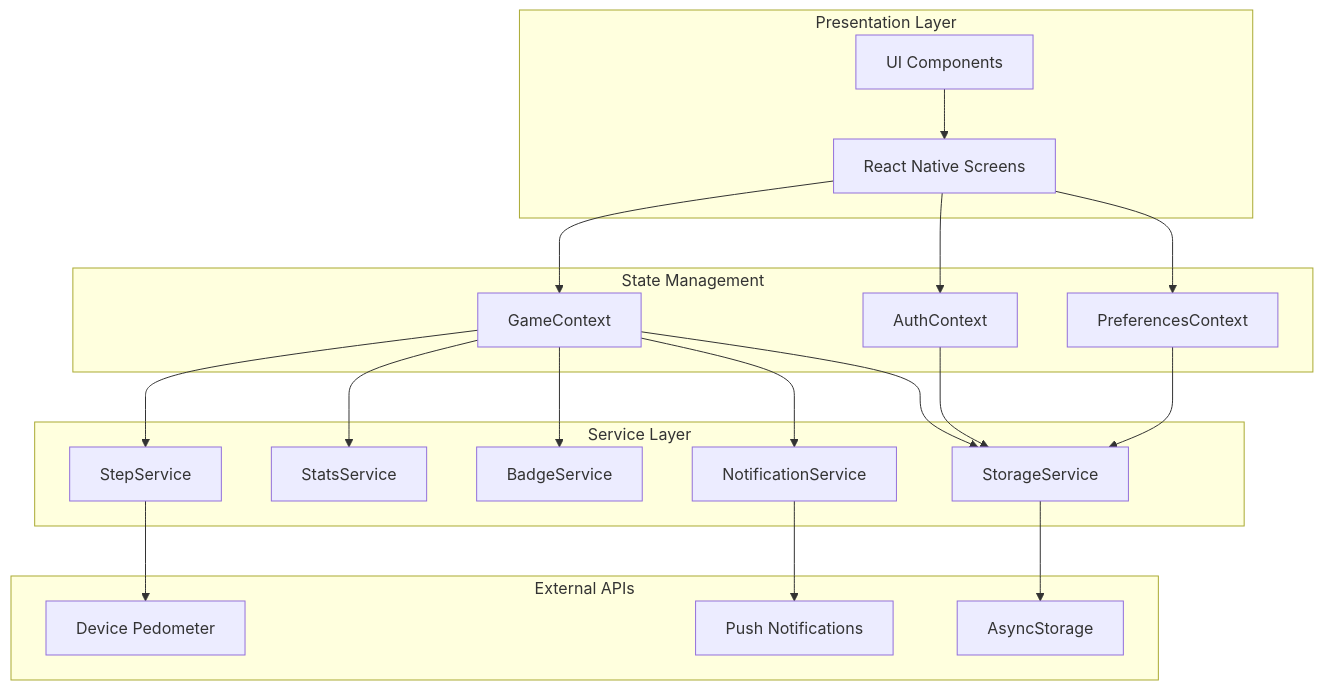
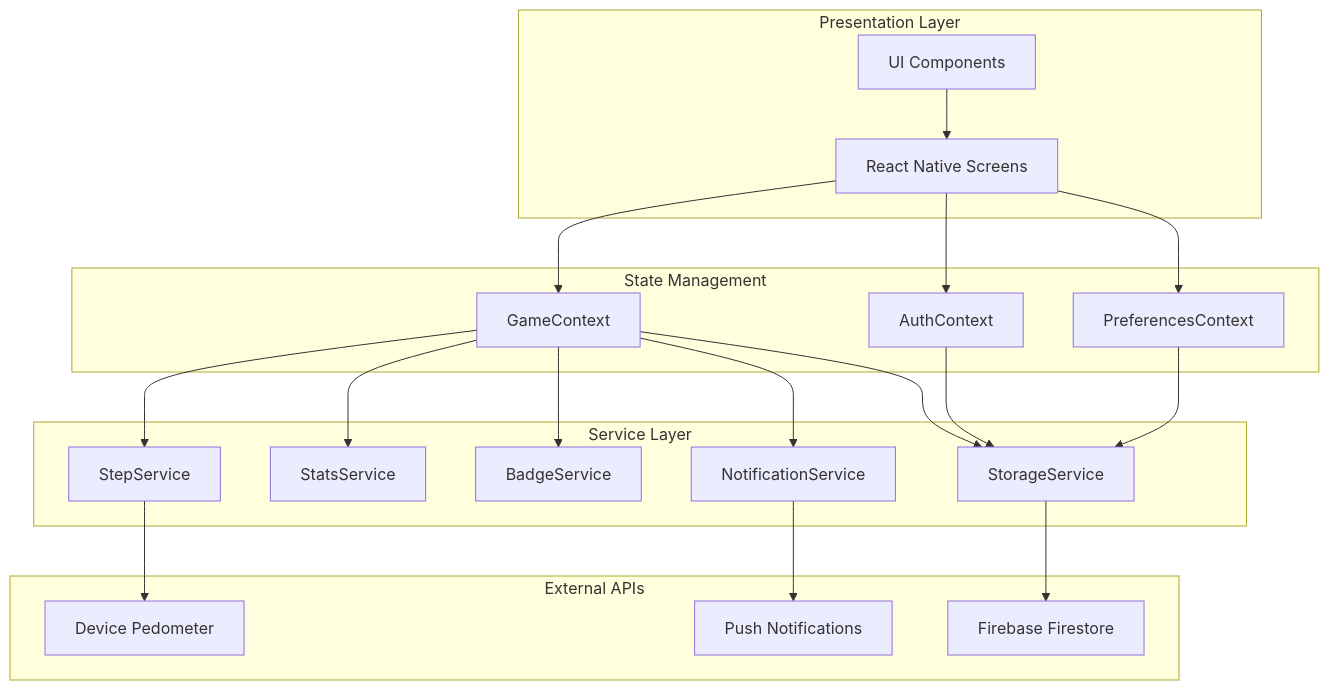
Before and after one commit to newrishav-debug/Stridr: the first of 5 diagrams in docs/TECHNICAL_DESIGN_DOCUMENT.md, drawn with Mermaid. The commit also changed other lines of this file and 4 other files, not shown here.

````diff
--- a/docs/TECHNICAL_DESIGN_DOCUMENT.md
+++ b/docs/TECHNICAL_DESIGN_DOCUMENT.md
@@ -35,45 +35,45 @@
 ```mermaid
 graph TB
     subgraph "Presentation Layer"
         UI[React Native Screens]
         COMP[UI Components]
     end
     
     subgraph "State Management"
         AC[AuthContext]
         GC[GameContext]
         PC[PreferencesContext]
     end
     
     subgraph "Service Layer"
         SS[StepService]
         STS[StatsService]
         BS[BadgeService]
         NS[NotificationService]
         STO[StorageService]
     end
     
     subgraph "External APIs"
         PED[Device Pedometer]
         NOTIF[Push Notifications]
-        AS[AsyncStorage]
+        FB[Firebase Firestore]
     end
     
     UI --> AC
     UI --> GC
     UI --> PC
     COMP --> UI
     
     GC --> SS
     GC --> STS
     GC --> BS
     GC --> NS
     GC --> STO
     
     AC --> STO
     PC --> STO
     
     SS --> PED
     NS --> NOTIF
-    STO --> AS
+    STO --> FB
 ```
````
